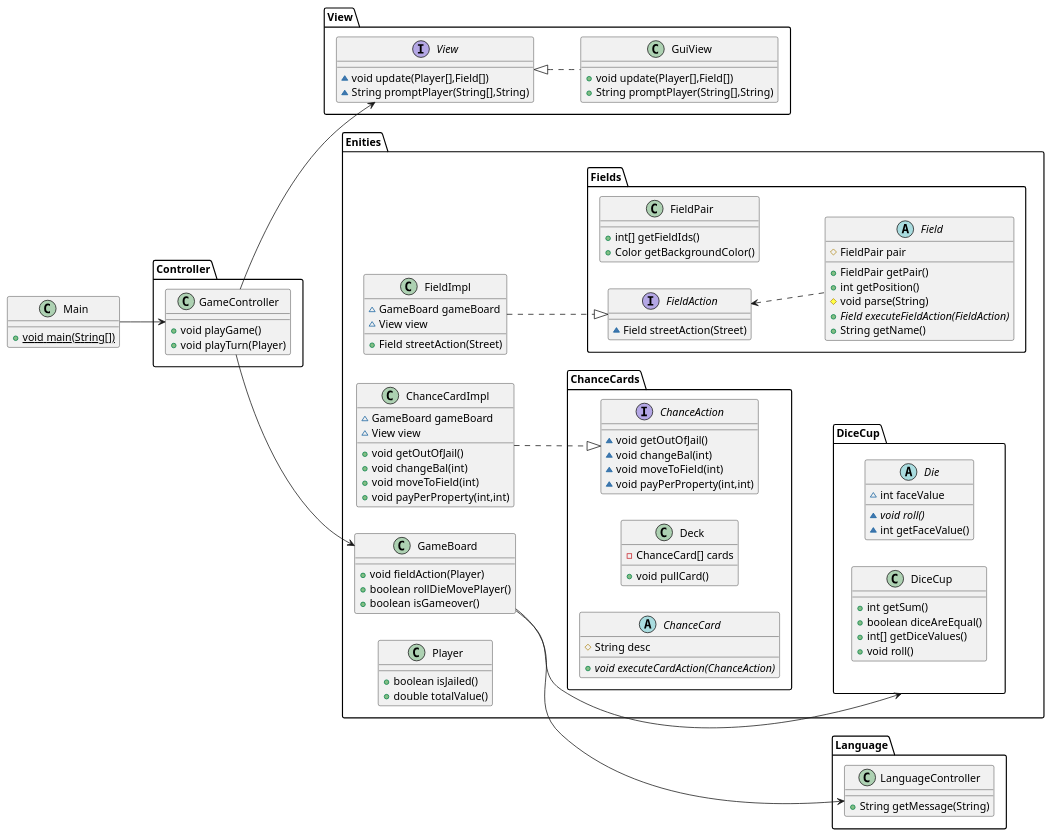
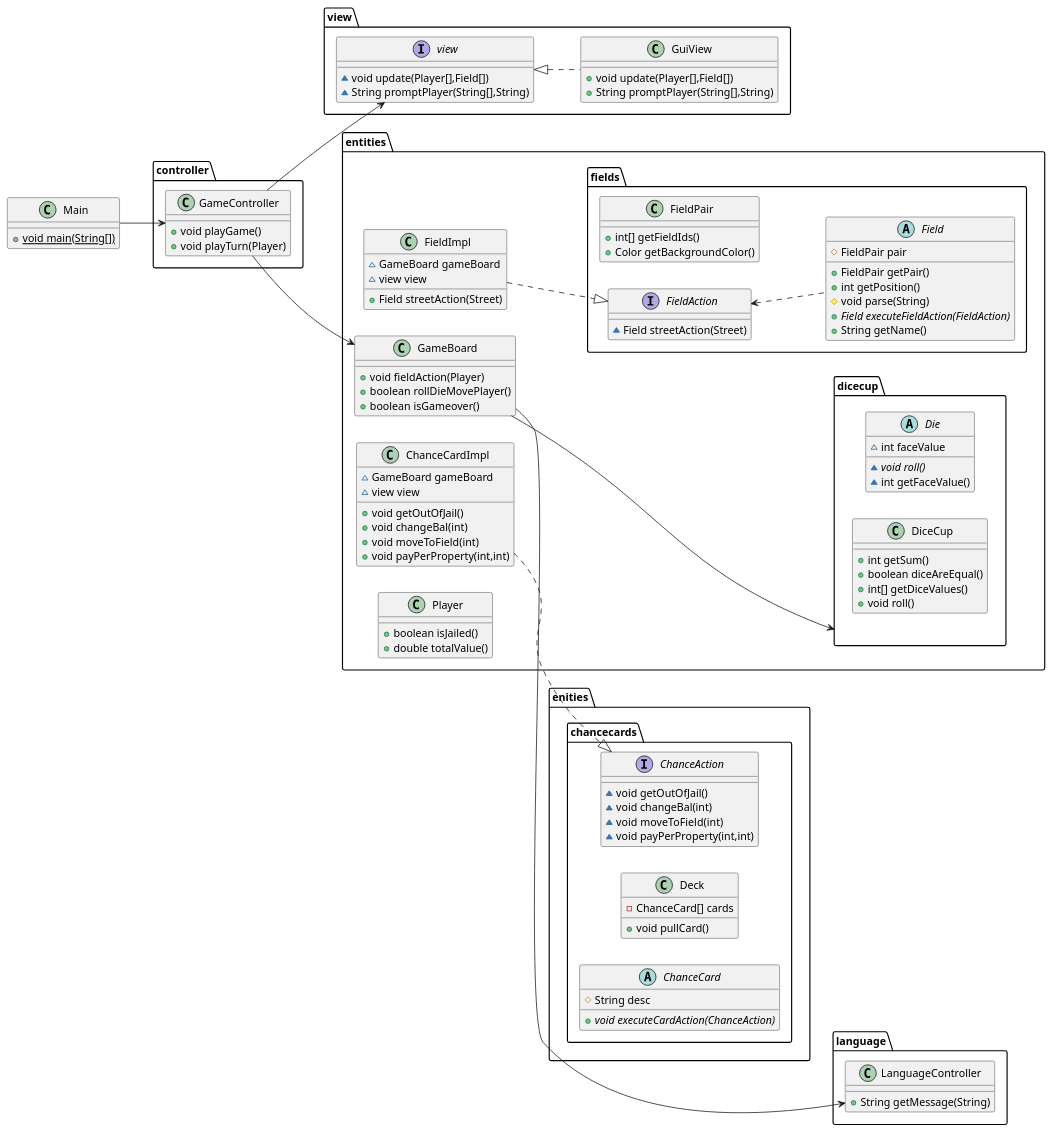
The diagram in ClassDiagram2.puml (xdTobs/_22_del3), drawn with PlantUML before and after one commit. The commit also changed 115 other files, not shown here.

```diff
--- a/ClassDiagram2.puml
+++ b/ClassDiagram2.puml
@@ -1,125 +1,125 @@
 @startuml
 left to right direction
 
-interface View.View {
+interface view.view {
 ~ void update(Player[],Field[])
 ~ String promptPlayer(String[],String)
 }
 
 
-interface Enities.ChanceCards.ChanceAction {
+interface enities.chancecards.ChanceAction {
 ~ void getOutOfJail()
 ~ void changeBal(int)
 ~ void moveToField(int)
 ~ void payPerProperty(int,int)
 }
-class Enities.GameBoard {
+class entities.GameBoard {
 + void fieldAction(Player)
 + boolean rollDieMovePlayer()
 + boolean isGameover()
 }
-class Enities.Player {
+class entities.Player {
 
 
 
 
 
 
 
 + boolean isJailed()
 + double totalValue()
 }
 
 
 
 
-class Enities.ChanceCards.Deck {
+class enities.chancecards.Deck {
 -ChanceCard[] cards
 + void pullCard()
 }
 
-class Enities.ChanceCardImpl {
+class entities.ChanceCardImpl {
 ~ GameBoard gameBoard
-~ View view
+~ view view
 + void getOutOfJail()
 + void changeBal(int)
 + void moveToField(int)
 + void payPerProperty(int,int)
 }
 
-abstract class Enities.Fields.Field {
+abstract class entities.fields.Field {
 
 
 # FieldPair pair
 + FieldPair getPair()
 + int getPosition()
 # void parse(String)
 + {abstract}Field executeFieldAction(FieldAction)
 + String getName()
 }
-class Language.LanguageController {
+class language.LanguageController {
 + String getMessage(String)
 }
-class Enities.Fields.FieldPair {
+class entities.fields.FieldPair {
 + int[] getFieldIds()
 + Color getBackgroundColor()
 }
-abstract class Enities.DiceCup.Die {
+abstract class entities.dicecup.Die {
 ~ int faceValue
 ~ {abstract}void roll()
 ~ int getFaceValue()
 }
 
 
-class Enities.DiceCup.DiceCup {
+class entities.dicecup.DiceCup {
 + int getSum()
 + boolean diceAreEqual()
 + int[] getDiceValues()
 + void roll()
 }
-class Controller.GameController {
+class controller.GameController {
 + void playGame()
 + void playTurn(Player)
 }
 
 
 
-class View.GuiView {
+class view.GuiView {
 + void update(Player[],Field[])
 + String promptPlayer(String[],String)
 }
 
 
 
-abstract class Enities.ChanceCards.ChanceCard {
+abstract class enities.chancecards.ChanceCard {
 # String desc
 + {abstract}void executeCardAction(ChanceAction)
 }
-class Enities.FieldImpl {
+class entities.FieldImpl {
 ~ GameBoard gameBoard
-~ View view
+~ view view
 + Field streetAction(Street)
 }
 class Main {
 + {static} void main(String[])
 }
 
-interface Enities.Fields.FieldAction {
+interface entities.fields.FieldAction {
 ~ Field streetAction(Street)
 }
 
 
 
 
 
-Enities.ChanceCards.ChanceAction <|.up. Enities.ChanceCardImpl
-Enities.Fields.FieldAction <|.up. Enities.FieldImpl
-View.View <|.. View.GuiView
-Controller.GameController --> View.View
-Controller.GameController --> Enities.GameBoard
-Enities.GameBoard -down-->Enities.DiceCup
-Main -->Controller.GameController
-Enities.GameBoard --->Language.LanguageController
-Enities.Fields.FieldAction<..Enities.Fields.Field
+enities.chancecards.ChanceAction <|.up. entities.ChanceCardImpl
+entities.fields.FieldAction <|.up. entities.FieldImpl
+view.view <|.. view.GuiView
+controller.GameController --> view.view
+controller.GameController --> entities.GameBoard
+entities.GameBoard -down-->entities.dicecup
+Main -->controller.GameController
+entities.GameBoard --->language.LanguageController
+entities.fields.FieldAction<..entities.fields.Field
 
 @enduml
```
